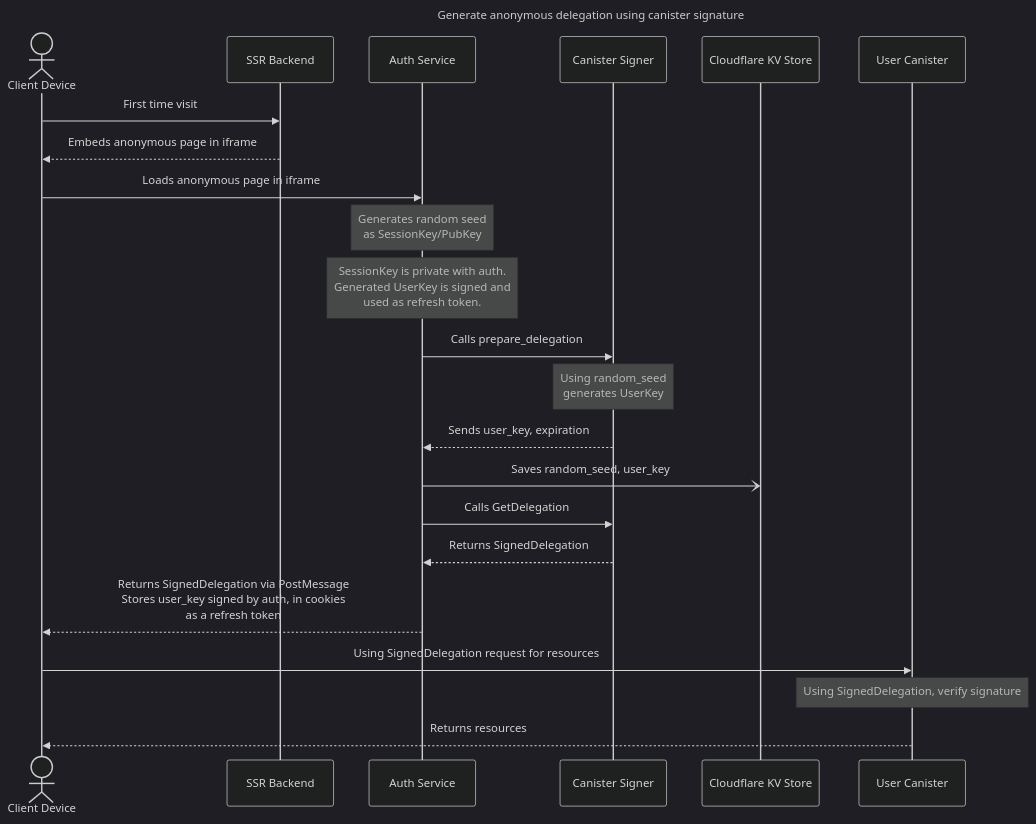
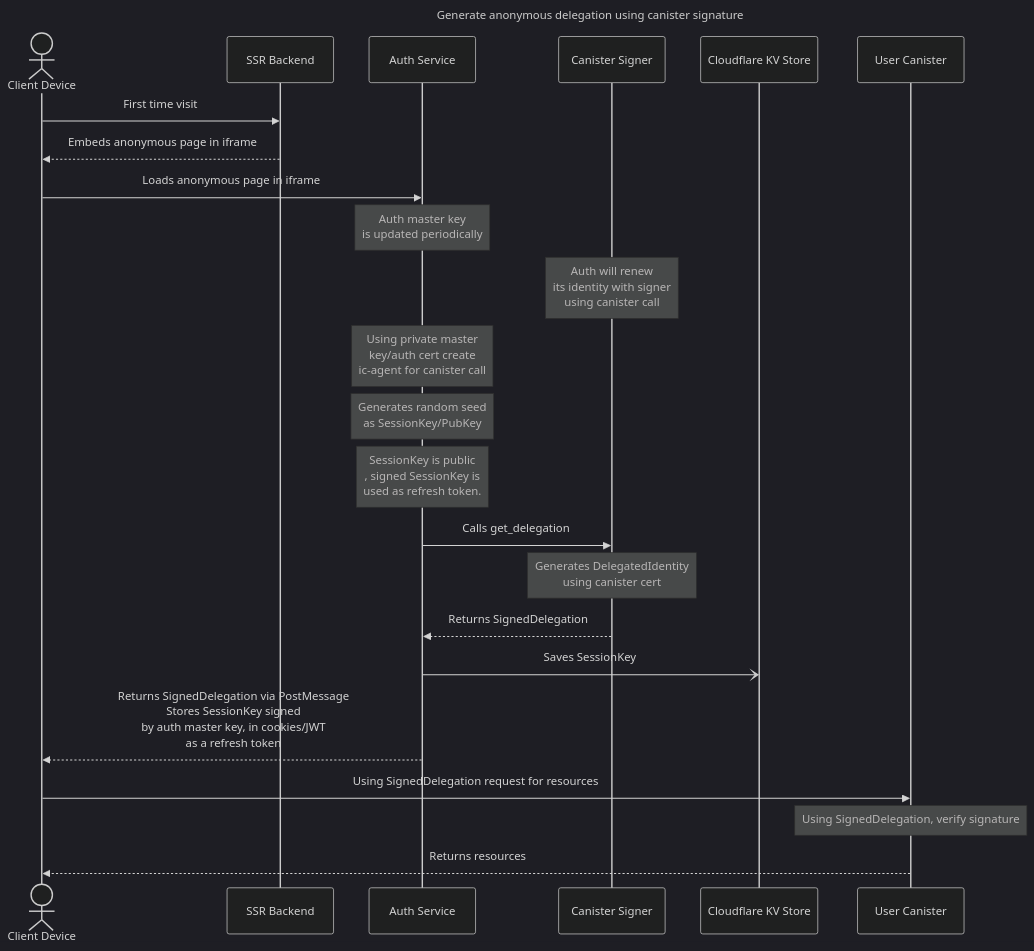
Before and after one commit to yral-dapp/hot-or-not-auth: the diagram in design/anonymous-identity-with-canister-signature.md, drawn with Mermaid (dark theme).

Commit message:
Updated design for canister signature flow

````diff
--- a/design/anonymous-identity-with-canister-signature.md
+++ b/design/anonymous-identity-with-canister-signature.md
@@ -3,27 +3,28 @@
 ```mermaid
 ---
 title: Generate anonymous delegation using canister signature
 ---
 sequenceDiagram
     actor client as Client Device
     participant ssr as SSR Backend
     participant auth as Auth Service
     participant signer as Canister Signer
     participant kv as Cloudflare KV Store
     participant canister as User Canister
     client->>ssr: First time visit
     ssr-->>client: Embeds anonymous page in iframe
     client->>auth: Loads anonymous page in iframe
+    Note over auth: Auth master key<br/> is updated periodically
+    Note over signer: Auth will renew<br/> its identity with signer<br/> using canister call
+    Note over auth: Using private master<br/> key/auth cert create<br/> ic-agent for canister call
     Note over auth: Generates random seed<br/> as SessionKey/PubKey
-    Note over auth: SessionKey is private with auth.<br/> Generated UserKey is signed and<br/> used as refresh token.
-    auth->>signer: Calls prepare_delegation
-    Note over signer: Using random_seed<br/> generates UserKey
-    signer-->>auth: Sends user_key, expiration
-    auth-)kv: Saves random_seed, user_key
-    auth->>signer: Calls GetDelegation
+    Note over auth: SessionKey is public<br/>, signed SessionKey is<br/> used as refresh token.
+    auth->>signer: Calls get_delegation
+    Note over signer: Generates DelegatedIdentity<br/> using canister cert
     signer-->>auth: Returns SignedDelegation
-    auth-->>client: Returns SignedDelegation via PostMessage<br/> Stores user_key signed by auth, in cookies<br/> as a refresh token
+    auth-)kv: Saves SessionKey
+    auth-->>client: Returns SignedDelegation via PostMessage<br/> Stores SessionKey signed<br/> by auth master key, in cookies/JWT<br/> as a refresh token
     client->>canister: Using SignedDelegation request for resources
     Note over canister: Using SignedDelegation, verify signature
     canister-->>client: Returns resources
 ```
````
